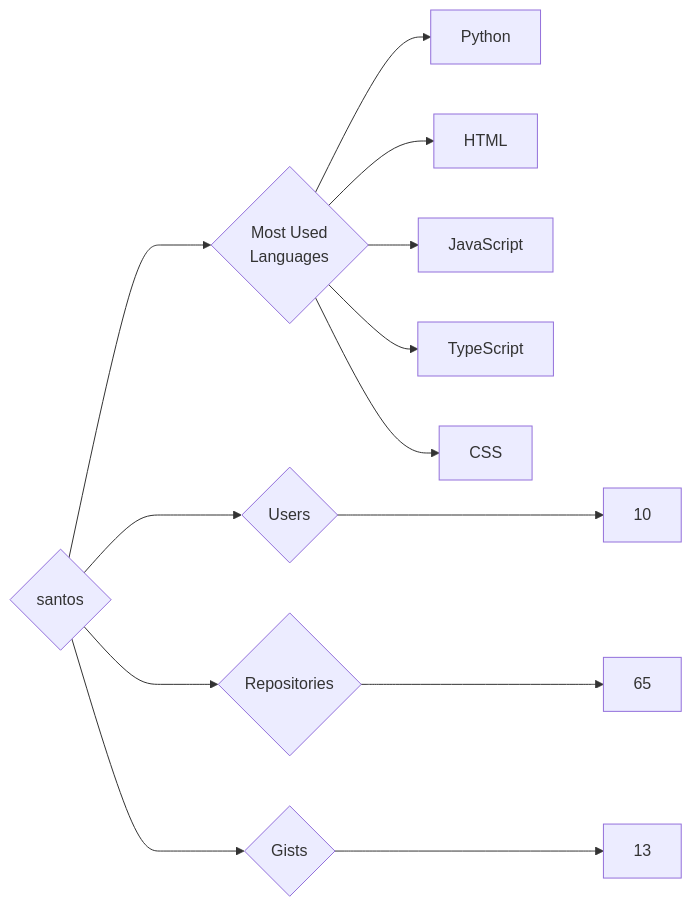
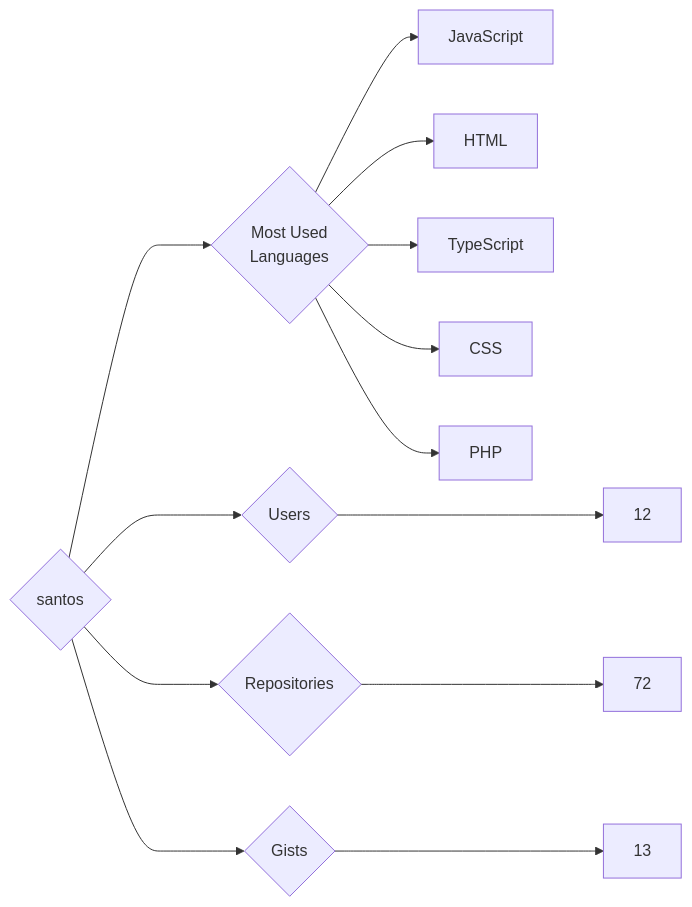
The diagram in targets/santos/README.md (trickest/insiders), drawn with Mermaid before and after one commit. The commit also changed 1389 other files, not shown here.

````diff
--- a/targets/santos/README.md
+++ b/targets/santos/README.md
@@ -3,13 +3,13 @@
 ```mermaid
 graph LR
 COMPANY_NAME{santos}
-COMPANY_NAME ---> U{Users} ---> UN[10]
-COMPANY_NAME ---> R{Repositories} ---> RN[65]
+COMPANY_NAME ---> U{Users} ---> UN[12]
+COMPANY_NAME ---> R{Repositories} ---> RN[72]
 COMPANY_NAME ---> G{Gists} ---> GN[13]
 COMPANY_NAME ---> ML{Most Used<br>Languages}
-ML --> Python[Python]
+ML --> JavaScript[JavaScript]
 ML --> HTML[HTML]
-ML --> JavaScript[JavaScript]
 ML --> TypeScript[TypeScript]
 ML --> CSS[CSS]
+ML --> PHP[PHP]
 ```
````
